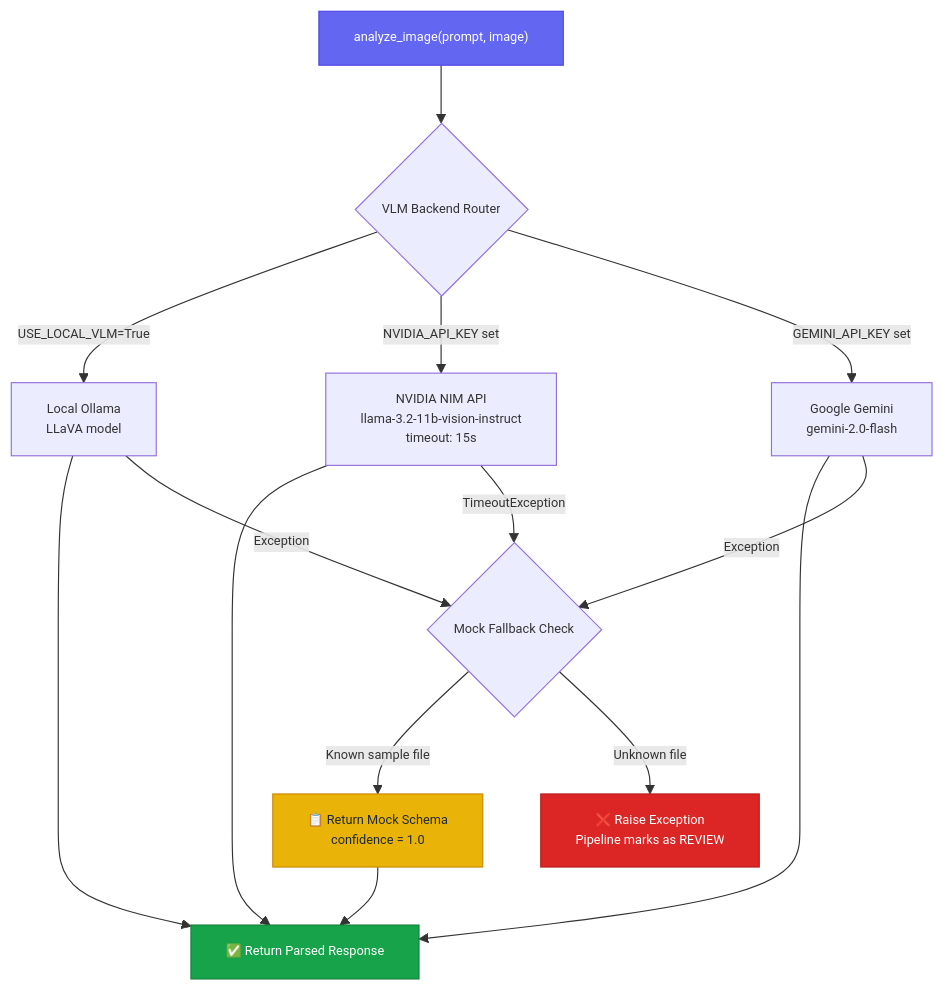
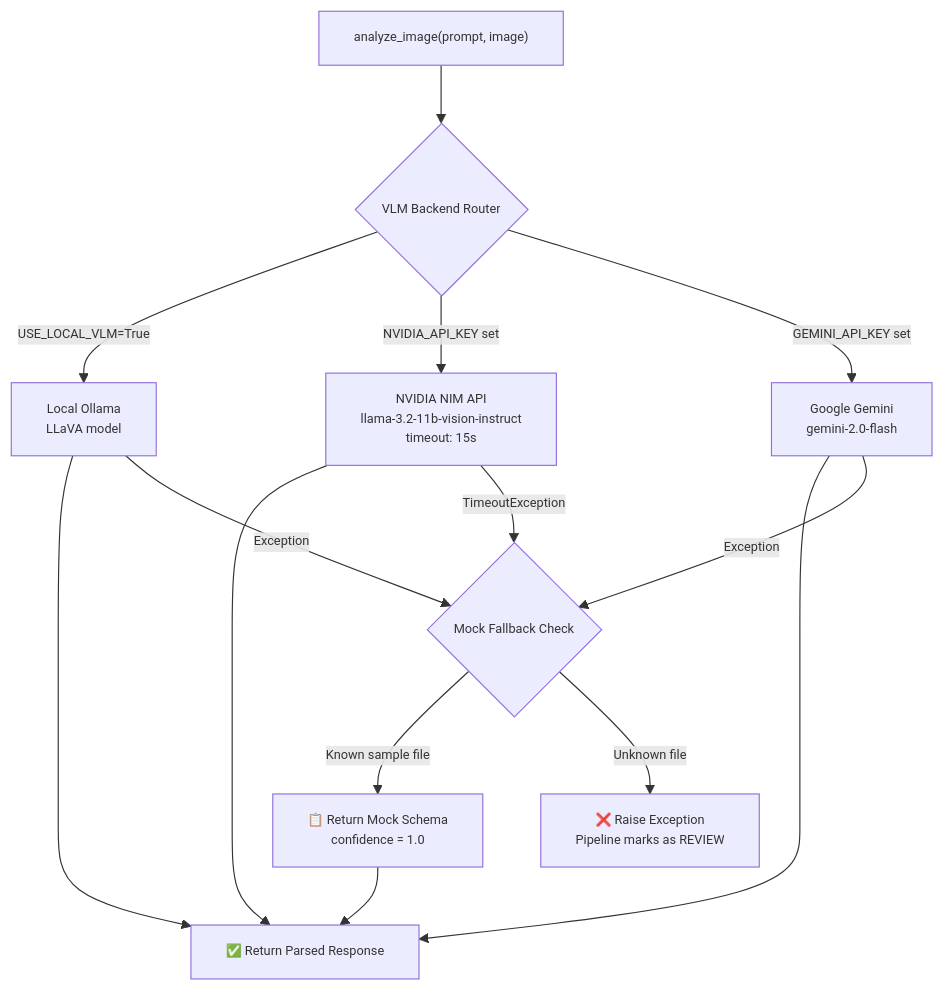
One commit to the-write-path-code/ch06-multimodal-perception changed the fourth of 4 diagrams in workflow/pipeline_flow.md. Above: the diagram before and after it, drawn with Mermaid. The commit also changed other lines of this file, not shown here.

First line of the commit message:
Remove styling details from pipeline_flow.md

````diff
--- a/workflow/pipeline_flow.md
+++ b/workflow/pipeline_flow.md
@@ -189,28 +180,23 @@
 ```mermaid
 %%{init: {"themeVariables": {"fontFamily": "Arial, Helvetica, sans-serif", "fontSize": "11px", "actorFontSize": "11px", "noteFontSize": "10px", "messageFontSize": "10px"}}}%%
 graph TD
     Request["analyze_image(prompt, image)"] --> Router{"VLM Backend Router"}
     
     Router -->|"USE_LOCAL_VLM=True"| Ollama["Local Ollama<br/>LLaVA model"]
     Router -->|"NVIDIA_API_KEY set"| NVIDIA["NVIDIA NIM API<br/>llama-3.2-11b-vision-instruct<br/>timeout: 15s"]
     Router -->|"GEMINI_API_KEY set"| Gemini["Google Gemini<br/>gemini-2.0-flash"]
     
     Ollama --> Success["✅ Return Parsed Response"]
     NVIDIA --> Success
     Gemini --> Success
     
     NVIDIA -->|"TimeoutException"| Fallback{"Mock Fallback Check"}
     Gemini -->|"Exception"| Fallback
     Ollama -->|"Exception"| Fallback
     
     Fallback -->|"Known sample file"| MockResponse["📋 Return Mock Schema<br/>confidence = 1.0"]
     Fallback -->|"Unknown file"| RaiseError["❌ Raise Exception<br/>Pipeline marks as REVIEW"]
     
     MockResponse --> Success
 
-    %% Styling
-    style Request fill:#6366f1,color:#fff,stroke:#4f46e5
-    style Success fill:#16a34a,color:#fff,stroke:#15803d
-    style MockResponse fill:#eab308,color:#1e293b,stroke:#ca8a04
-    style RaiseError fill:#dc2626,color:#fff,stroke:#b91c1c
 ```
````
